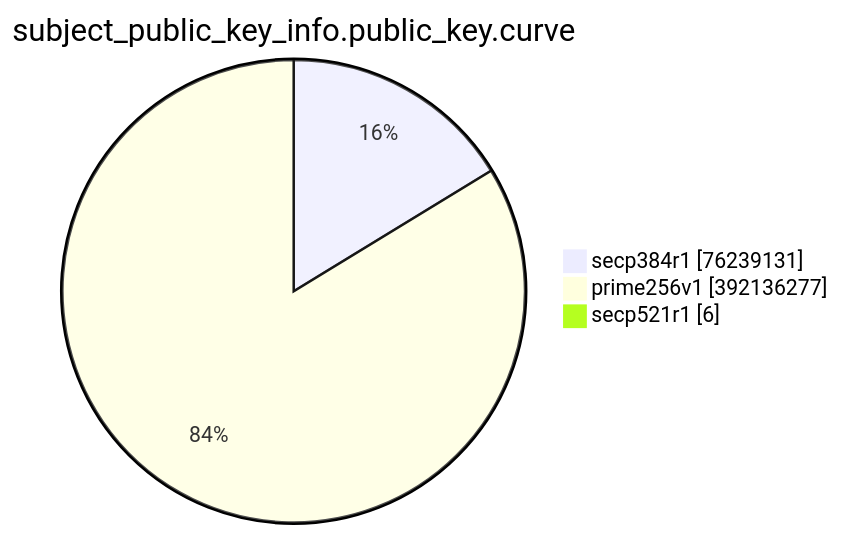
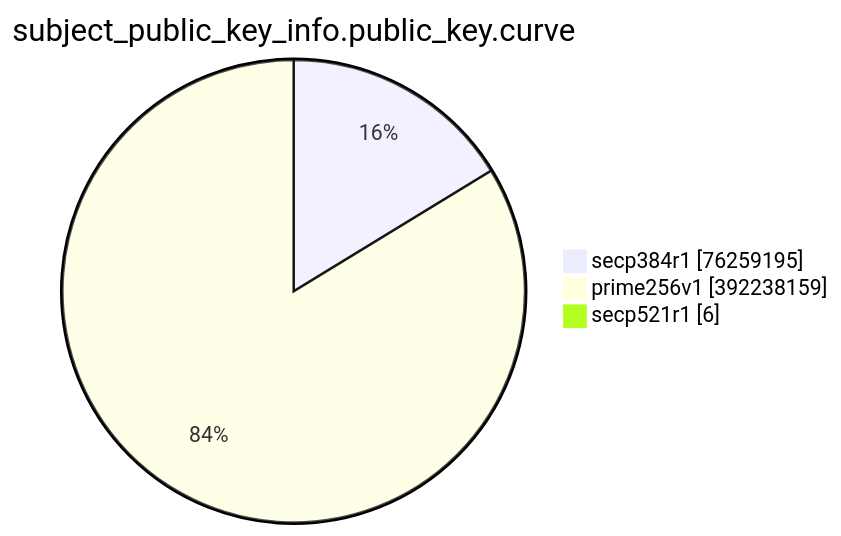
Before and after one commit to christiankrug/ctmonitor_visualization: the eighth of 15 diagrams in TOTAL/README.md, drawn with Mermaid. The commit also changed other lines of this file, not shown here.

````diff
--- a/TOTAL/README.md
+++ b/TOTAL/README.md
@@ -3094,7 +3094,7 @@
 ```mermaid
 pie showData
 title subject_public_key_info.public_key.curve
-"secp384r1" :76239131
-"prime256v1" :392136277
+"secp384r1" :76259195
+"prime256v1" :392238159
 "secp521r1" :6
 ```
````
